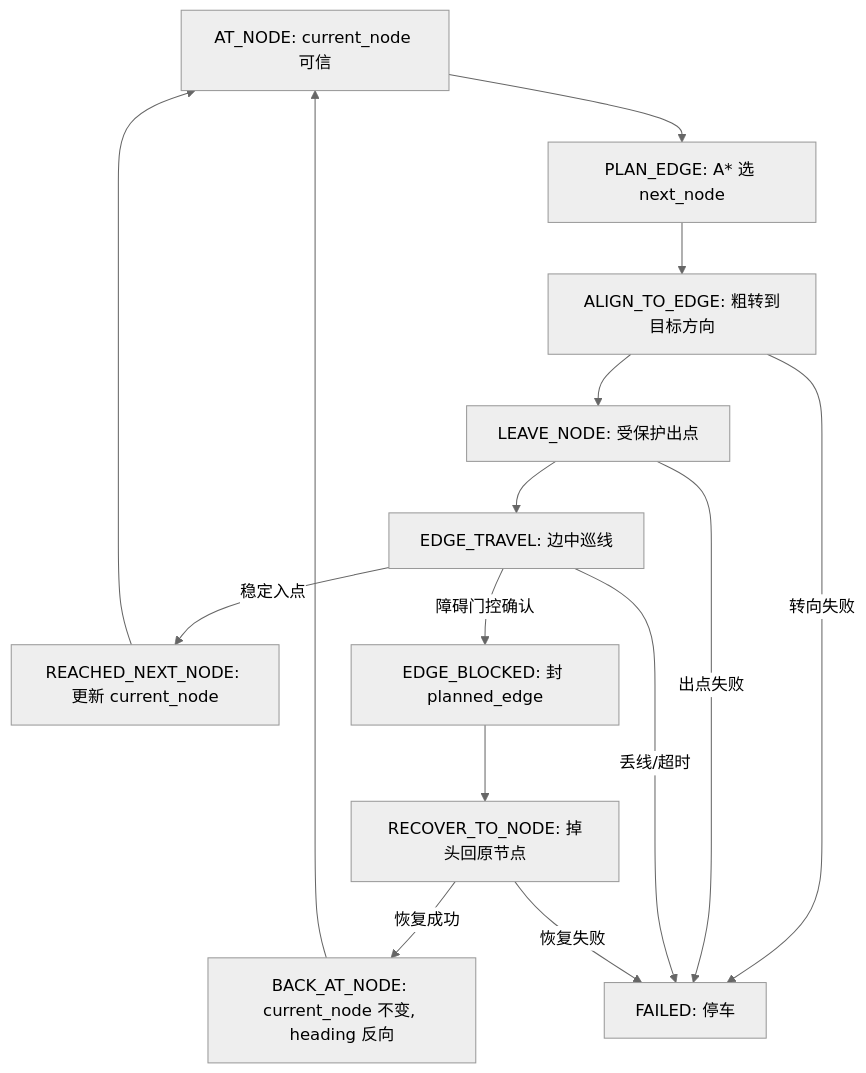
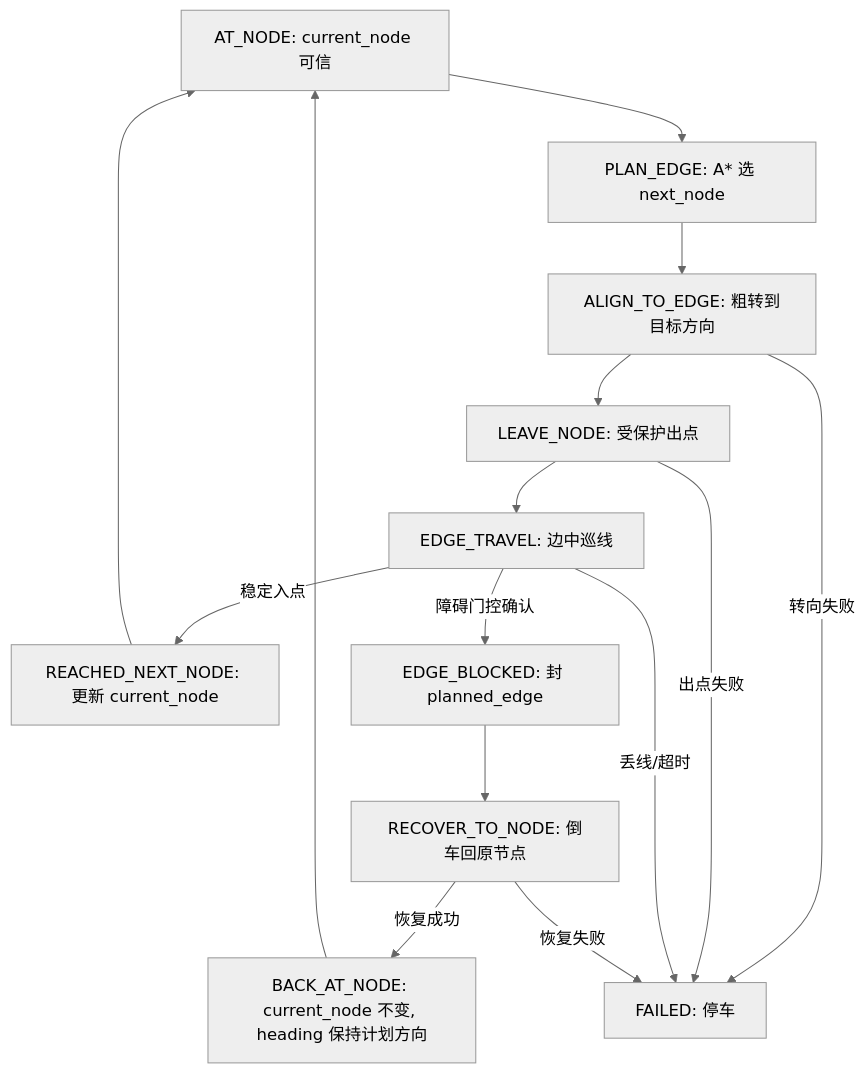
One commit to sry8848/4wd_project changed the diagram in docs/grid-navigation-module-execution.md. Above: the diagram before and after it, drawn with Mermaid (neutral theme). The commit also changed other lines of this file and 11 other files, not shown here.

````diff
--- a/docs/grid-navigation-module-execution.md
+++ b/docs/grid-navigation-module-execution.md
@@ -241,17 +241,17 @@
 ```mermaid
 flowchart TD
     A["AT_NODE: current_node 可信"] --> B["PLAN_EDGE: A* 选 next_node"]
     B --> C["ALIGN_TO_EDGE: 粗转到目标方向"]
     C --> D["LEAVE_NODE: 受保护出点"]
     D --> E["EDGE_TRAVEL: 边中巡线"]
     E -- "稳定入点" --> F["REACHED_NEXT_NODE: 更新 current_node"]
     F --> A
     E -- "障碍门控确认" --> G["EDGE_BLOCKED: 封 planned_edge"]
-    G --> H["RECOVER_TO_NODE: 掉头回原节点"]
-    H -- "恢复成功" --> I["BACK_AT_NODE: current_node 不变, heading 反向"]
+    G --> H["RECOVER_TO_NODE: 倒车回原节点"]
+    H -- "恢复成功" --> I["BACK_AT_NODE: current_node 不变, heading 保持计划方向"]
     I --> A
     C -- "转向失败" --> Z["FAILED: 停车"]
     D -- "出点失败" --> Z
     E -- "丢线/超时" --> Z
     H -- "恢复失败" --> Z
 ```
````
